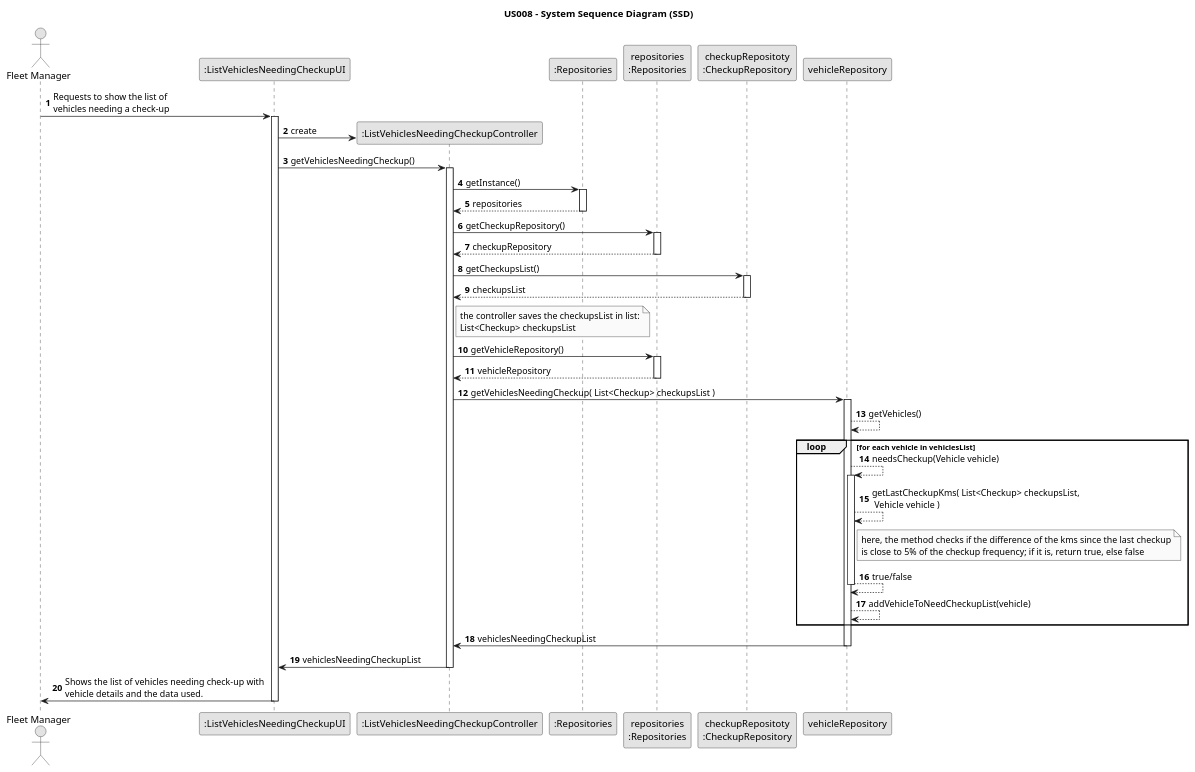
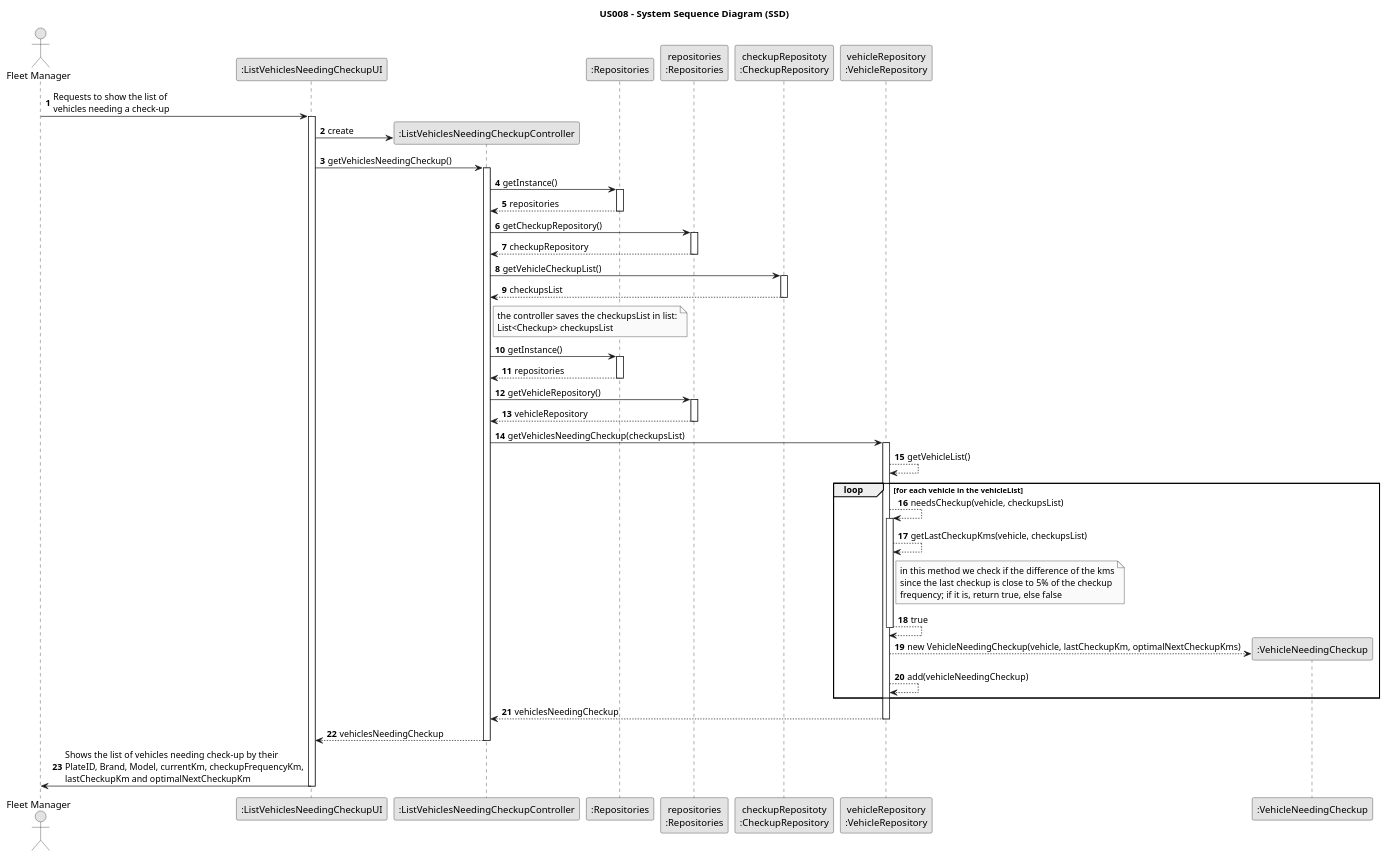
One commit to Rui-San/LAPR2_2023_2024 changed the diagram in docs/sprintB/us008/03.design/puml/us008-sequence-diagram.puml. Above: the diagram before and after it, drawn with PlantUML.

Commit message:
Fixed US08 SD

```diff
--- a/docs/sprintB/us008/03.design/puml/us008-sequence-diagram.puml
+++ b/docs/sprintB/us008/03.design/puml/us008-sequence-diagram.puml
@@ -1,82 +1,91 @@
 @startuml
 skinparam monochrome true
 skinparam packageStyle rectangle
 skinparam shadowing false
 
 title US008 - System Sequence Diagram (SSD)
 
 autonumber
 
 actor "Fleet Manager" as Employee
 participant ":ListVehiclesNeedingCheckupUI" as UI
 participant ":ListVehiclesNeedingCheckupController" as CTRL
 participant ":Repositories" as Repos
 participant "repositories\n:Repositories" as PLAT
 participant "checkupRepositoty\n:CheckupRepository" as CheckupRepo
-participant "vehicleRepository" as VRepo
+participant "vehicleRepository\n:VehicleRepository" as VRepo
+participant ":VehicleNeedingCheckup" as VehicleNeedCheckup
 
     Employee -> UI : Requests to show the list of \nvehicles needing a check-up
     activate UI
 
         UI -> CTRL** : create
         UI -> CTRL : getVehiclesNeedingCheckup()
         activate CTRL
 
             CTRL -> Repos : getInstance()
             activate Repos
 
                 Repos --> CTRL : repositories
             deactivate Repos
 
             CTRL -> PLAT : getCheckupRepository()
             activate PLAT
 
                 PLAT --> CTRL : checkupRepository
             deactivate PLAT
 
-            CTRL -> CheckupRepo : getCheckupsList()
+            CTRL -> CheckupRepo : getVehicleCheckupList()
             activate CheckupRepo
 
                 CheckupRepo --> CTRL : checkupsList
             deactivate CheckupRepo
 
             note right of CTRL
                 the controller saves the checkupsList in list:
                 List<Checkup> checkupsList
             end note
 
+            CTRL -> Repos : getInstance()
+            activate Repos
+
+                Repos --> CTRL : repositories
+            deactivate Repos
 
             CTRL -> PLAT : getVehicleRepository()
             activate PLAT
 
                 PLAT --> CTRL : vehicleRepository
             deactivate PLAT
 
-            CTRL-> VRepo : getVehiclesNeedingCheckup( List<Checkup> checkupsList )
+            CTRL-> VRepo : getVehiclesNeedingCheckup(checkupsList)
             activate VRepo
 
-                VRepo --> VRepo : getVehicles()
+                VRepo --> VRepo : getVehicleList()
 
-                loop for each vehicle in vehiclesList
-                    VRepo --> VRepo : needsCheckup(Vehicle vehicle)
+                loop for each vehicle in the vehicleList
+                    VRepo --> VRepo : needsCheckup(vehicle, checkupsList)
                     activate VRepo
 
-                        VRepo --> VRepo : getLastCheckupKms( List<Checkup> checkupsList,\n Vehicle vehicle )
+                        VRepo --> VRepo : getLastCheckupKms(vehicle, checkupsList)
                         note right of VRepo
-                            here, the method checks if the difference of the kms since the last checkup
-                            is close to 5% of the checkup frequency; if it is, return true, else false
+                            in this method we check if the difference of the kms
+                            since the last checkup is close to 5% of the checkup
+                            frequency; if it is, return true, else false
                         end note
-                        VRepo --> VRepo : true/false
+                        VRepo --> VRepo : true
                     deactivate VRepo
-                    VRepo --> VRepo : addVehicleToNeedCheckupList(vehicle)
+
+                        VRepo --> VehicleNeedCheckup** : new VehicleNeedingCheckup(vehicle, lastCheckupKm, optimalNextCheckupKms)
+                    VRepo --> VRepo : add(vehicleNeedingCheckup)
                 end loop
-                VRepo -> CTRL : vehiclesNeedingCheckupList
+                VRepo --> CTRL : vehiclesNeedingCheckup
             deactivate VRepo
-            CTRL -> UI : vehiclesNeedingCheckupList
+            CTRL --> UI : vehiclesNeedingCheckup
         deactivate CTRL
 
-        UI -> Employee : Shows the list of vehicles needing check-up with \nvehicle details and the data used.
+        UI -> Employee : Shows the list of vehicles needing check-up by their\nPlateID, Brand, Model, currentKm, checkupFrequencyKm,\nlastCheckupKm and optimalNextCheckupKm
 
     deactivate UI
 
 @enduml
```
